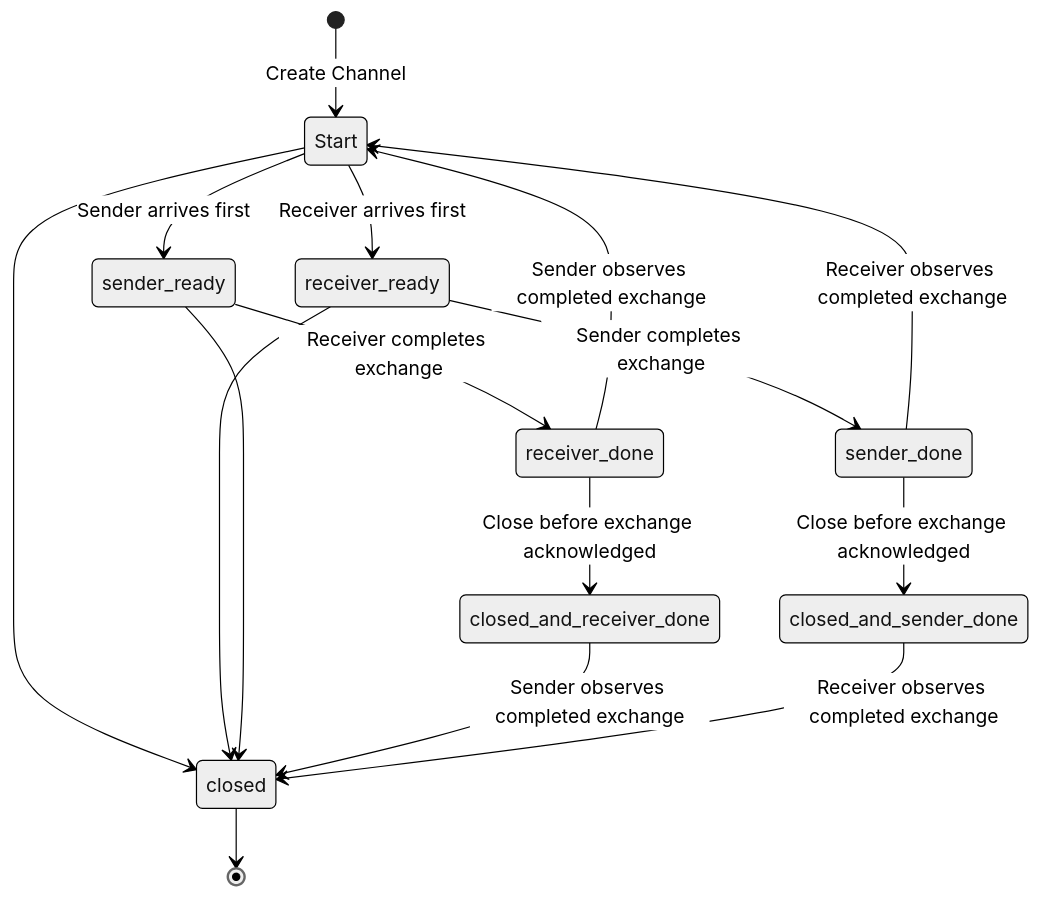
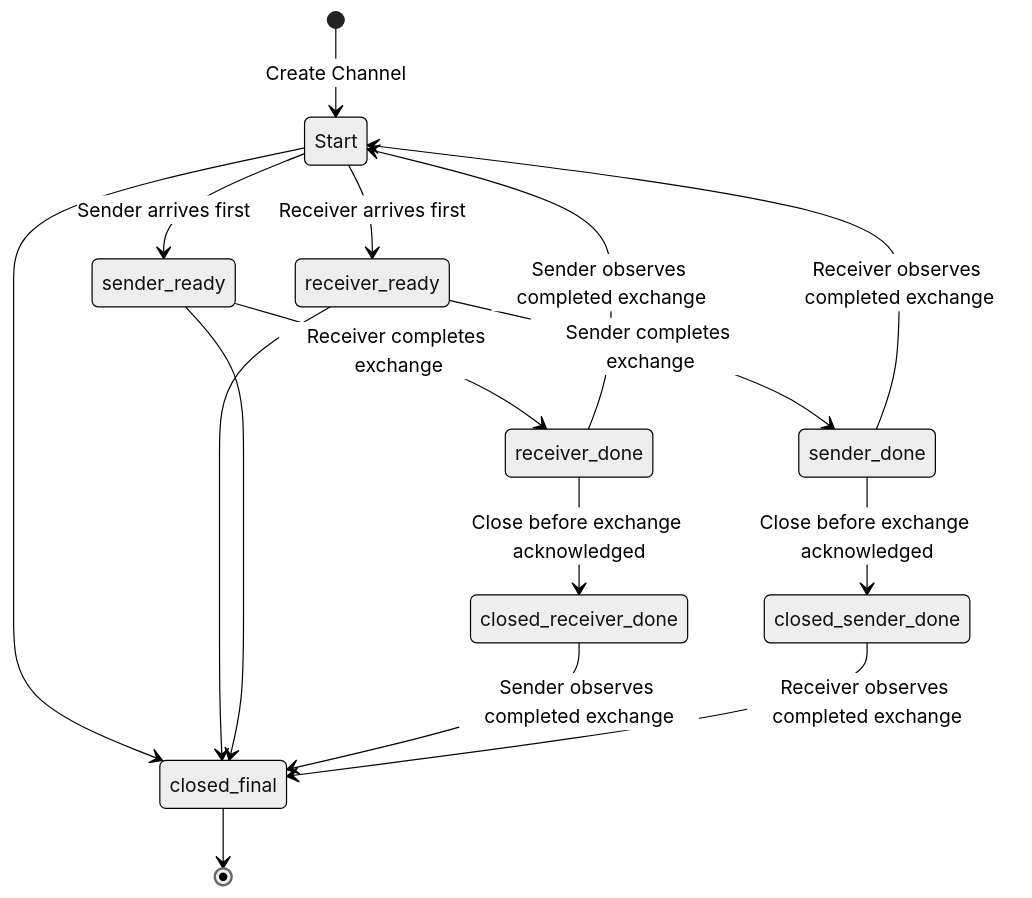
The diagram in channel/README.md (goose-lang/goose), drawn with Mermaid (neutral theme) before and after one commit. The commit also changed 2 other files, not shown here.

Commit message:
Update channel model to use enum state and fix liveness issue (#66)
Update channel model to use explicit enum states instead of bools and make offers to unblock
blocking select statements with matching send/receive.

````diff
--- a/channel/README.md
+++ b/channel/README.md
@@ -13,18 +13,18 @@
 ```mermaid
 stateDiagram-v2
 	[*] --> Start: Create Channel
     Start-->sender_ready: Sender arrives first
     Start-->receiver_ready: Receiver arrives first
     sender_ready-->receiver_done: Receiver completes exchange
     receiver_ready-->sender_done: Sender completes exchange
     receiver_done-->Start: Sender observes completed exchange
     sender_done-->Start: Receiver observes completed exchange
-    Start-->closed
-    receiver_done-->closed_and_receiver_done: Close before exchange acknowledged
-    sender_done-->closed_and_sender_done: Close before exchange acknowledged
-    receiver_ready-->closed
-    sender_ready-->closed
-    closed_and_receiver_done --> closed: Sender observes completed exchange
-    closed_and_sender_done --> closed: Receiver observes completed exchange
-    closed-->[*]
+    Start-->closed_final
+    receiver_done-->closed_receiver_done: Close before exchange acknowledged
+    sender_done-->closed_sender_done: Close before exchange acknowledged
+    receiver_ready-->closed_final
+    sender_ready-->closed_final
+    closed_receiver_done --> closed_final: Sender observes completed exchange
+    closed_sender_done --> closed_final: Receiver observes completed exchange
+    closed_final-->[*]
 ```
````
